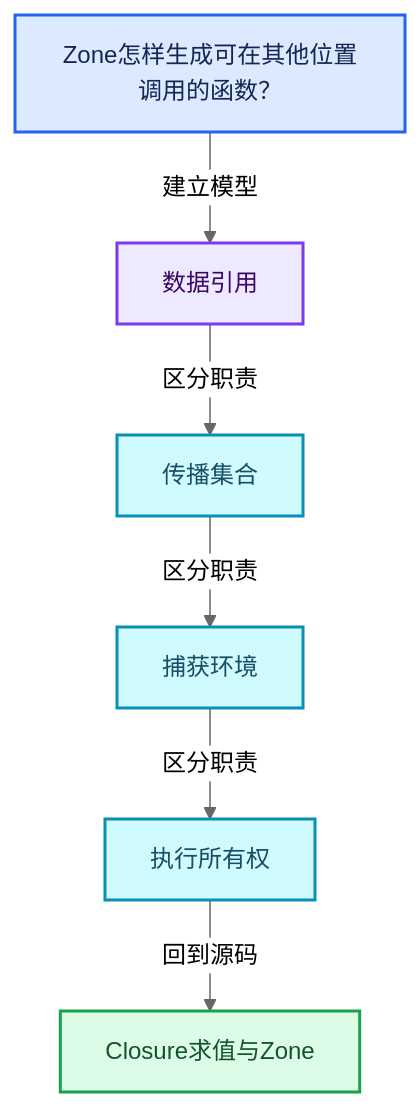
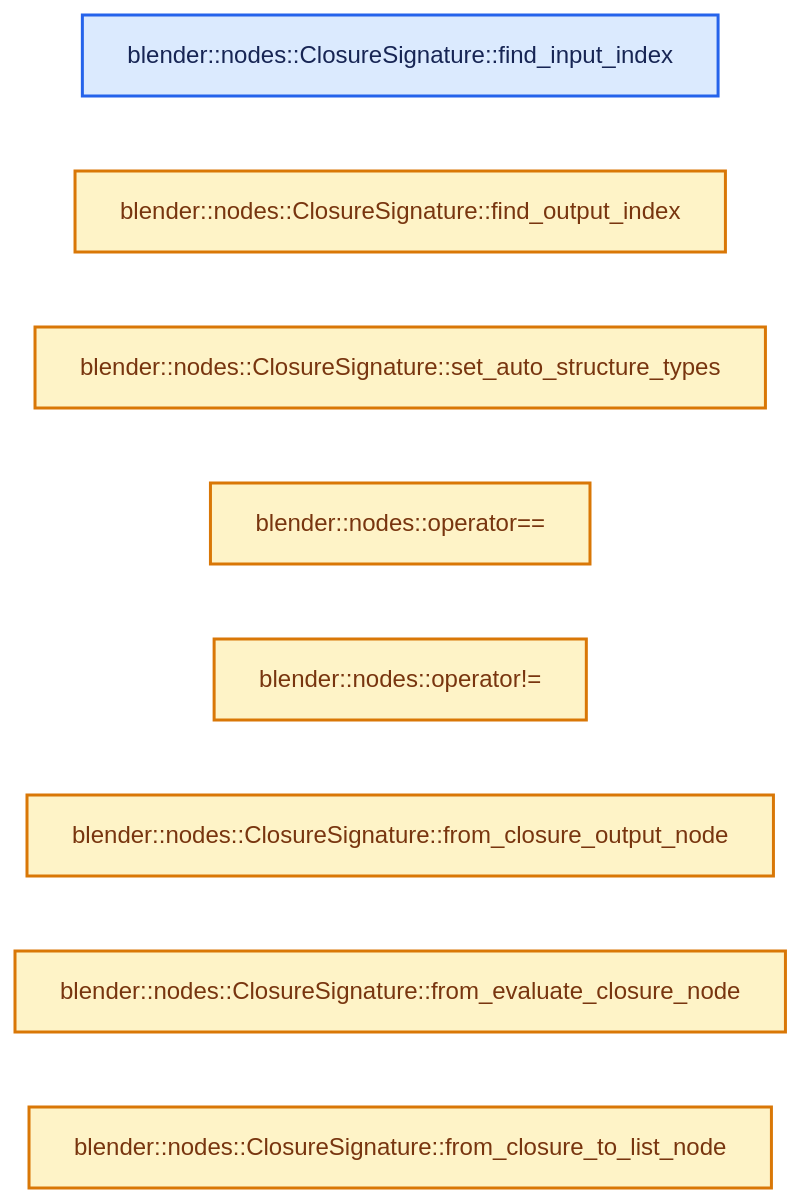
One commit to yunkezengren/blender-.vscode changed the second of 4 diagrams in 杂/markdown/全面学习-codex/10-引用生命周期与Closure/07-Closure求值与Zone.md. Above: the diagram before and after it, drawn with Mermaid (neutral theme). The commit also changed other lines of this file and 1930 other files, not shown here.

````diff
--- a/杂/markdown/全面学习-codex/10-引用生命周期与Closure/07-Closure求值与Zone.md
+++ b/杂/markdown/全面学习-codex/10-引用生命周期与Closure/07-Closure求值与Zone.md
@@ -61,20 +46,17 @@
 ```mermaid
-flowchart TB
-  Q["Zone怎样生成可在其他位置调用的函数？"]:::input
-  C0["数据引用"]:::abstraction
-  C1["传播集合"]:::data
-  C2["捕获环境"]:::data
-  C3["执行所有权"]:::data
-  R["Closure求值与Zone"]:::result
-  Q -->|"建立模型"| C0
-  C0 -->|"区分职责"| C1
-  C1 -->|"区分职责"| C2
-  C2 -->|"区分职责"| C3
-  C3 -->|"回到源码"| R
+flowchart LR
+  F0["blender::nodes::ClosureSignature::find_input_index"]:::input
+  F1["blender::nodes::ClosureSignature::find_output_index"]:::compute
+  F2["blender::nodes::ClosureSignature::set_auto_structure_types"]:::compute
+  F3["blender::nodes::operator=="]:::compute
+  F4["blender::nodes::operator!="]:::compute
+  F5["blender::nodes::ClosureSignature::from_closure_output_node"]:::compute
+  F6["blender::nodes::ClosureSignature::from_evaluate_closure_node"]:::compute
+  F7["blender::nodes::ClosureSignature::from_closure_to_list_node"]:::compute
   classDef input fill:#DBEAFE,stroke:#2563EB,color:#172554,stroke-width:2px;
   classDef data fill:#CFFAFE,stroke:#0891B2,color:#164E63,stroke-width:2px;
   classDef abstraction fill:#EDE9FE,stroke:#7C3AED,color:#3B0764,stroke-width:2px;
   classDef compute fill:#FEF3C7,stroke:#D97706,color:#78350F,stroke-width:2px;
   classDef result fill:#DCFCE7,stroke:#16A34A,color:#14532D,stroke-width:2px;
   classDef error fill:#FEE2E2,stroke:#DC2626,color:#7F1D1D,stroke-width:2px;
 ```
````
